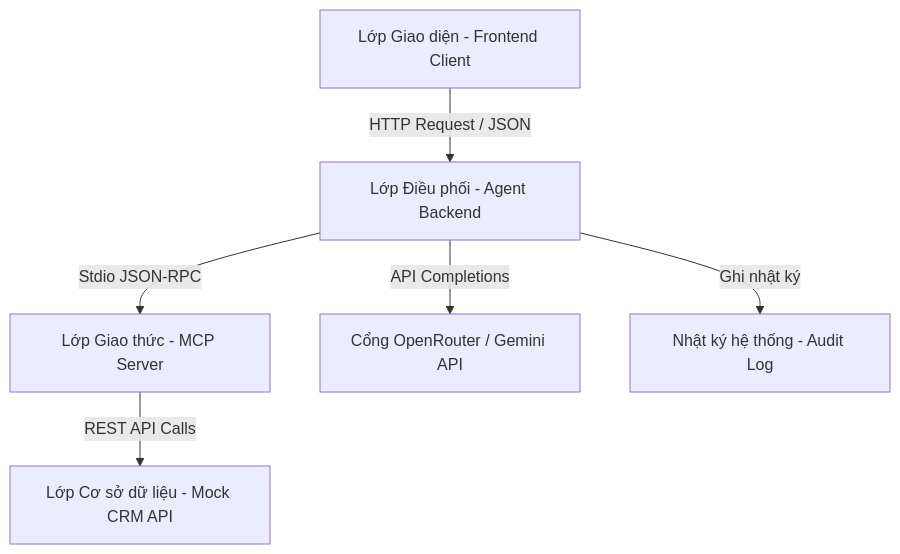
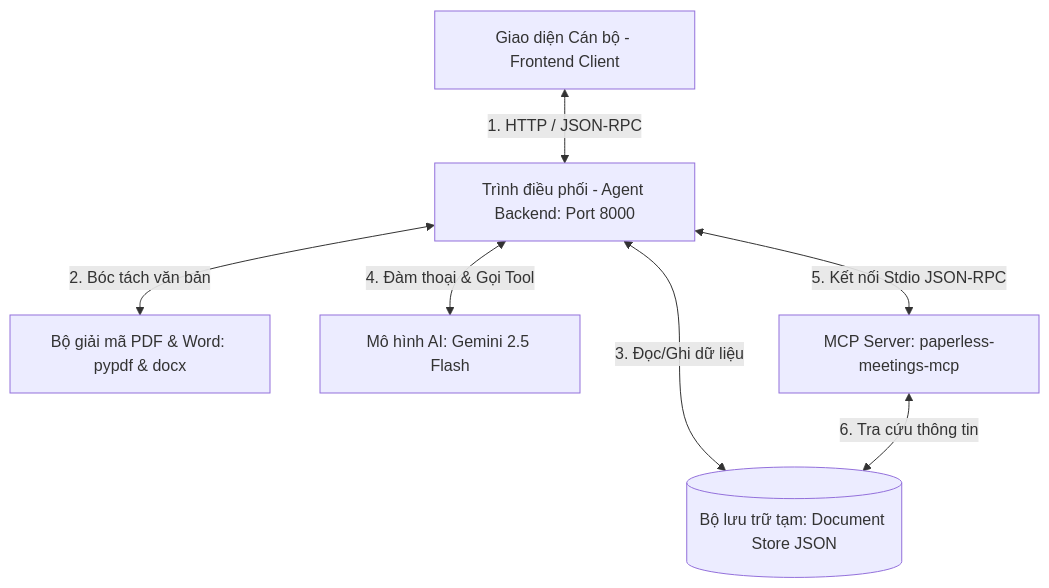
One commit to goicap15-cyber/Hackathon_Ai_Agent changed the first of 2 diagrams in ARCHITECTURE.md. Above: the diagram before and after it, drawn with Mermaid. The commit also changed other lines of this file and 16 other files, not shown here.

````diff
--- a/ARCHITECTURE.md
+++ b/ARCHITECTURE.md
@@ -12,8 +12,9 @@
 ```mermaid
 graph TD
-    A[Lớp Giao diện - Frontend Client] -->|HTTP Request / JSON| B[Lớp Điều phối - Agent Backend]
-    B -->|Stdio JSON-RPC| C[Lớp Giao thức - MCP Server]
-    C -->|REST API Calls| D[Lớp Cơ sở dữ liệu - Mock CRM API]
-    B -->|API Completions| E[Cổng OpenRouter / Gemini API]
-    B -->|Ghi nhật ký| F[Nhật ký hệ thống - Audit Log]
+    UI[Giao diện Cán bộ - Frontend Client] <--> |1. HTTP / JSON-RPC| Backend[Trình điều phối - Agent Backend: Port 8000]
+    Backend <--> |2. Bóc tách văn bản| Parser[Bộ giải mã PDF & Word: pypdf & docx]
+    Backend <--> |3. Đọc/Ghi dữ liệu| Store[(Bộ lưu trữ tạm: Document Store JSON)]
+    Backend <--> |4. Đàm thoại & Gọi Tool| Gemini[Mô hình AI: Gemini 2.5 Flash]
+    Backend <--> |5. Kết nối Stdio JSON-RPC| MCP[MCP Server: paperless-meetings-mcp]
+    MCP <--> |6. Tra cứu thông tin| Store
 ```
````
